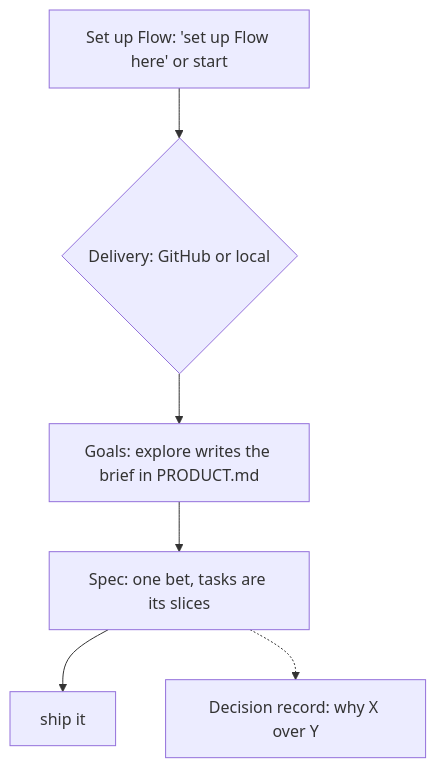
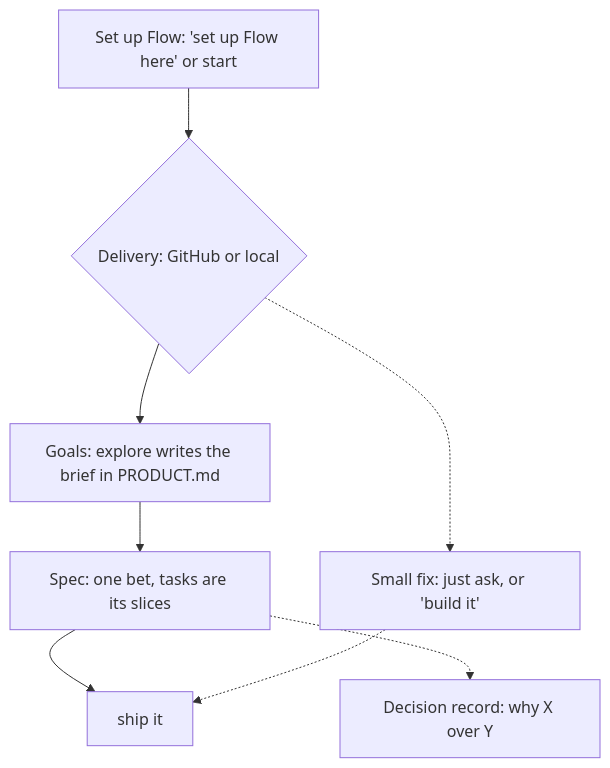
The first of 2 diagrams in README.md (gaboesquivel/flow-skills), drawn with Mermaid before and after one commit. The commit also changed other lines of this file and 2 other files, not shown here.

Commit message:
docs: explain Git, delivery modes, and work without a spec

````diff
--- a/README.md
+++ b/README.md
@@ -17,11 +53,13 @@
 ```mermaid
 flowchart TB
   setup["Set up Flow: 'set up Flow here' or start"]
   delivery{"Delivery: GitHub or local"}
   goals["Goals: explore writes the brief in PRODUCT.md"]
   spec["Spec: one bet, tasks are its slices"]
   decision["Decision record: why X over Y"]
   ship["ship it"]
+  direct["Small fix: just ask, or 'build it'"]
   setup --> delivery --> goals --> spec --> ship
   spec -.-> decision
+  delivery -.-> direct -.-> ship
 ```
````
